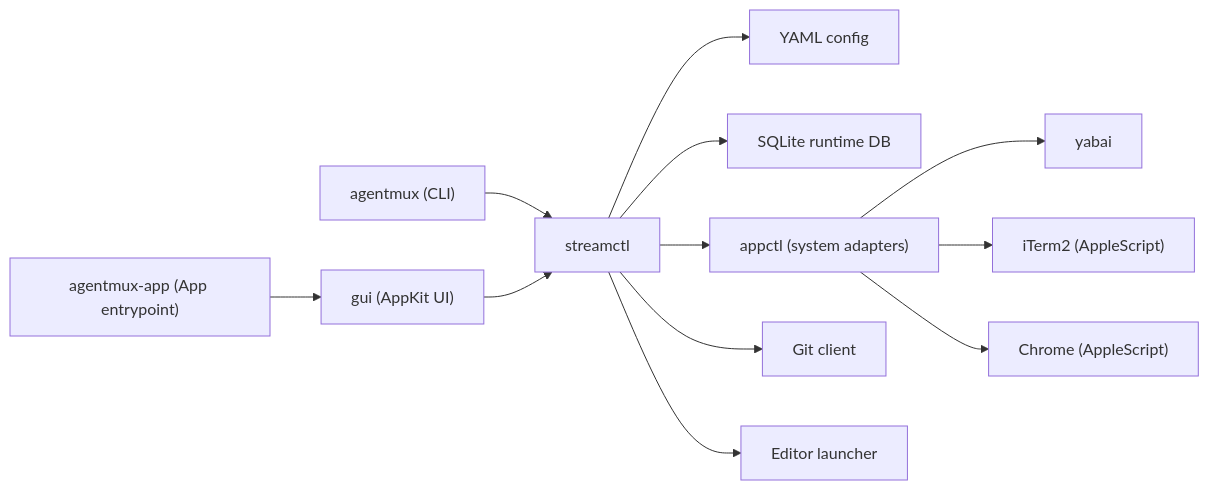
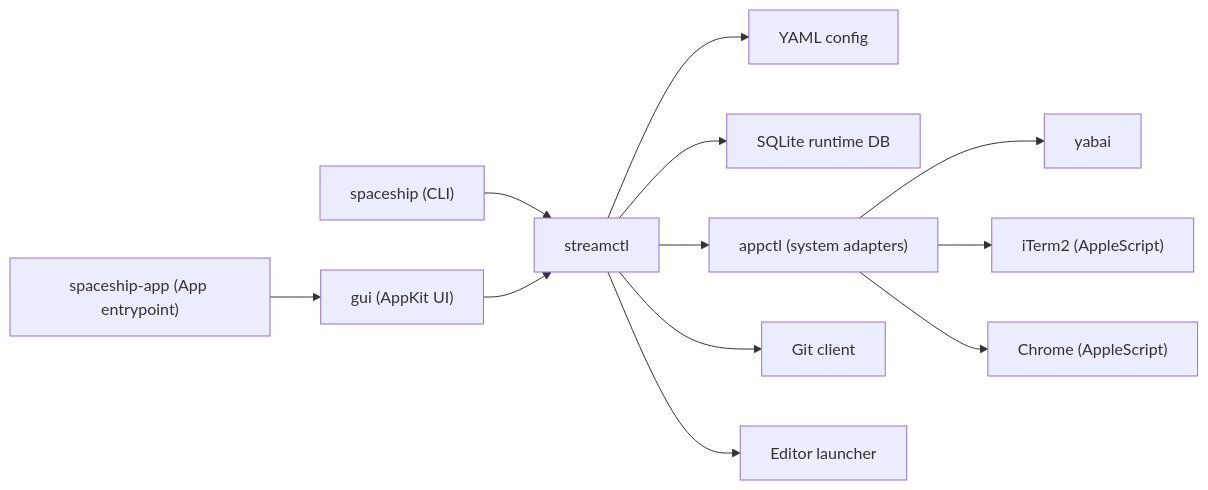
The first of 5 diagrams in apps/macos/docs/architecture.md (yogesh-dhande/spaces), drawn with Mermaid before and after one commit. The commit also changed other lines of this file and 30 other files, not shown here.

Commit message:
Rename agentmux to spaceship and sync workspace templates

````diff
--- a/apps/macos/docs/architecture.md
+++ b/apps/macos/docs/architecture.md
@@ -16,16 +16,16 @@
 ```mermaid
 flowchart LR
-  cli["agentmux (CLI)"] --> stream["streamctl"]
-  guiapp["agentmux-app (App entrypoint)"] --> gui["gui (AppKit UI)"]
+  cli["spaceship (CLI)"] --> stream["streamctl"]
+  guiapp["spaceship-app (App entrypoint)"] --> gui["gui (AppKit UI)"]
   gui --> stream
 
   stream --> config["YAML config"]
   stream --> db["SQLite runtime DB"]
   stream --> appctl["appctl (system adapters)"]
   stream --> git["Git client"]
   stream --> editor["Editor launcher"]
 
   appctl --> yabai["yabai"]
   appctl --> iterm["iTerm2 (AppleScript)"]
   appctl --> chrome["Chrome (AppleScript)"]
 ```
````
